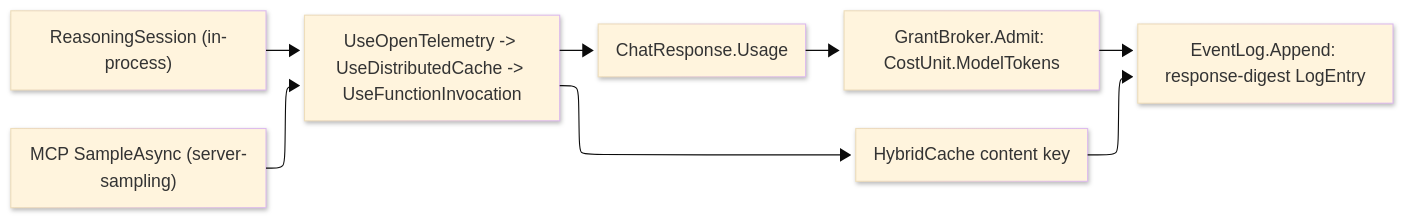
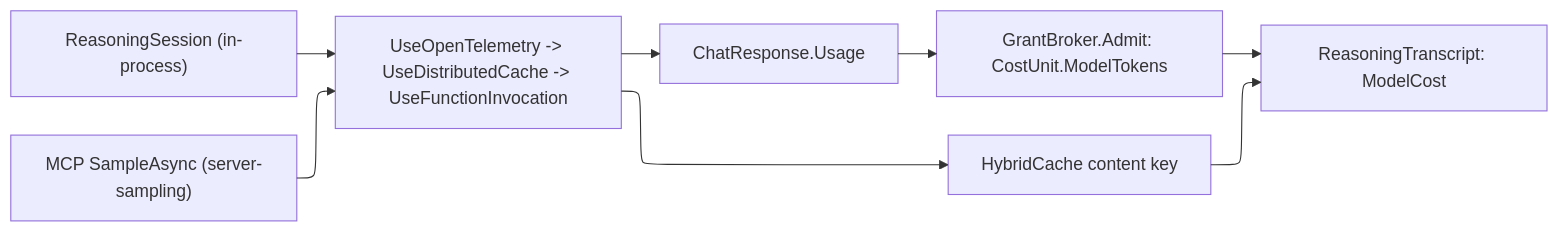
The diagram in libs/csharp/Rasm.AppHost/.planning/Agent/reasoning.md (bsamiee/Rasm), drawn with Mermaid before and after one commit. The commit also changed other lines of this file and 293 other files, not shown here.

````diff
--- a/libs/csharp/Rasm.AppHost/.planning/Agent/reasoning.md
+++ b/libs/csharp/Rasm.AppHost/.planning/Agent/reasoning.md
@@ -409,18 +491,16 @@
 ```mermaid
 ---
 config:
   layout: elk
-  look: neo
-  theme: base
 ---
 flowchart LR
     accTitle: One model-governance pipeline, two front doors
-    accDescr: The in-process reasoning loop and the MCP server-sampling leg both compose the one ChatClientBuilder decorator chain; usage charges the broker, the response content-addresses into the event log.
+    accDescr: Both model front doors compose one ChatClientBuilder chain; usage charges the broker and the completed transcript enters the receipt fan.
     Loop["ReasoningSession (in-process)"] --> Pipe
     Sampling["MCP SampleAsync (server-sampling)"] --> Pipe
     Pipe["UseOpenTelemetry -> UseDistributedCache -> UseFunctionInvocation"] --> Usage["ChatResponse.Usage"]
     Usage --> Charge["GrantBroker.Admit: CostUnit.ModelTokens"]
     Pipe --> Cache["HybridCache content key"]
-    Charge --> Log["EventLog.Append: response-digest LogEntry"]
-    Cache --> Log
+    Charge --> Receipt["ReasoningTranscript: ModelCost"]
+    Cache --> Receipt
 ```
````
